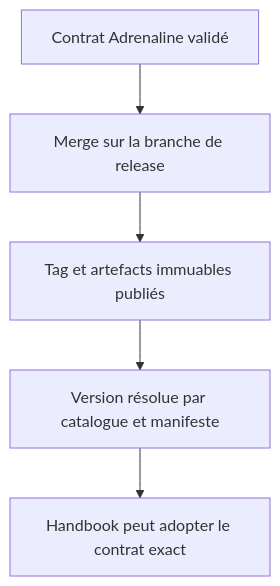
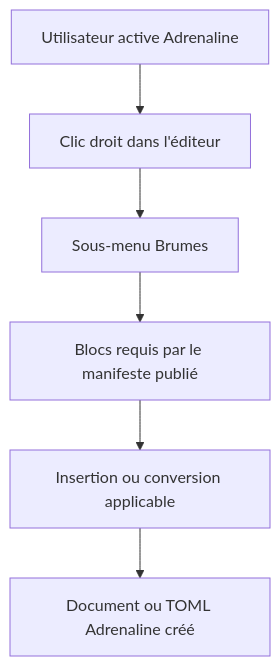
The first of 2 diagrams in aidd_docs/tasks/2026_09/2026_09_18_actions-contextuelles-handbook/phase-2.md (RebelliousSmile/schema-adrenaline), drawn with Mermaid before and after one commit. The commit also changed other lines of this file and 3 other files, not shown here.

````diff
--- a/aidd_docs/tasks/2026_09/2026_09_18_actions-contextuelles-handbook/phase-2.md
+++ b/aidd_docs/tasks/2026_09/2026_09_18_actions-contextuelles-handbook/phase-2.md
@@ -24,7 +23,8 @@
 ```mermaid
 flowchart TD
-  A[Contrat Adrenaline validé] --> B[Merge sur la branche de release]
-  B --> C[Tag et artefacts immuables publiés]
-  C --> D[Version résolue par catalogue et manifeste]
-  D --> E[Handbook peut adopter le contrat exact]
+  A[Utilisateur active Adrenaline] --> B[Clic droit dans l'éditeur]
+  B --> C[Sous-menu Brumes]
+  C --> D[Blocs requis par le manifeste publié]
+  D --> E[Insertion ou conversion applicable]
+  E --> F[Document ou TOML Adrenaline créé]
 ```
````
